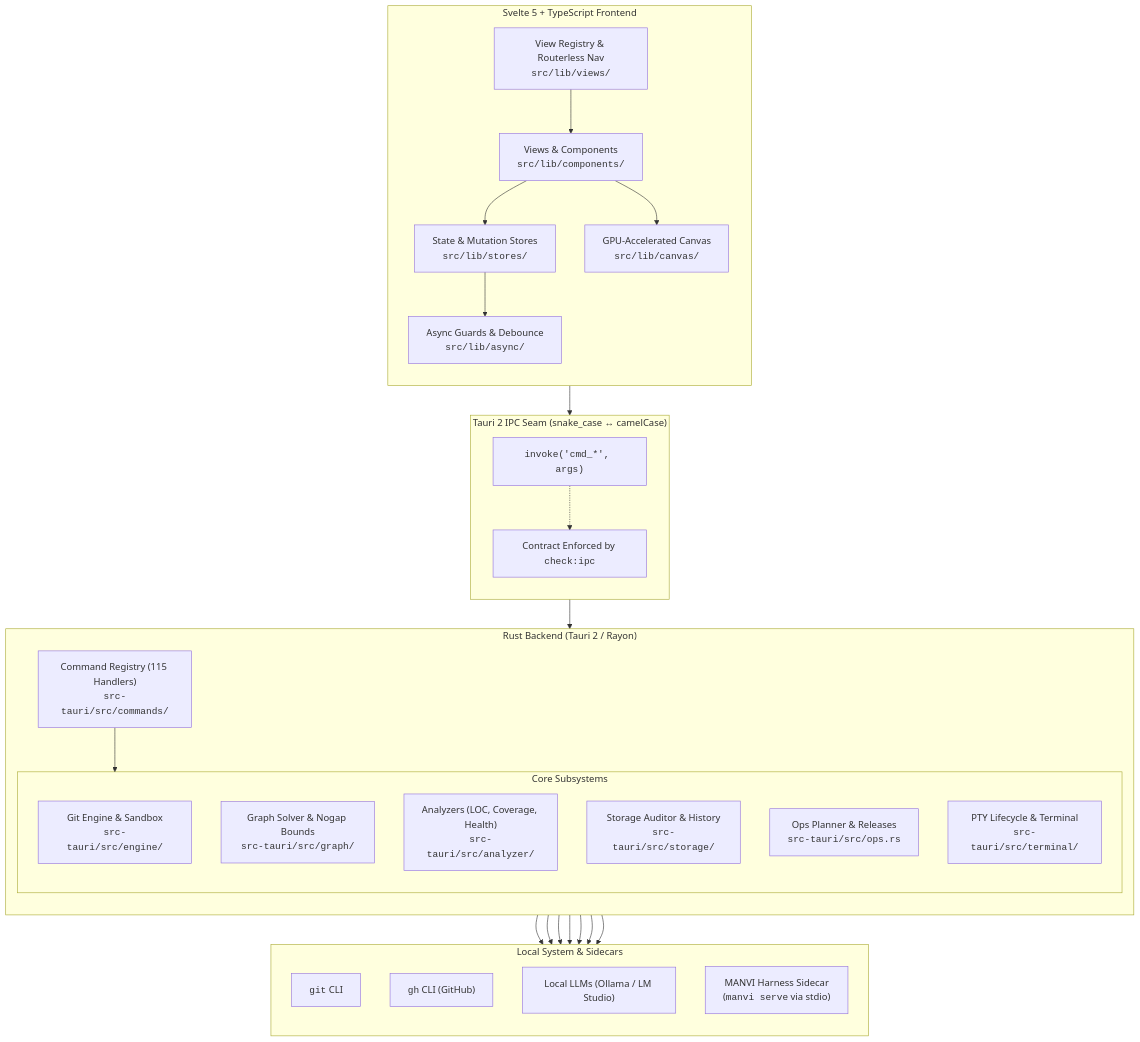
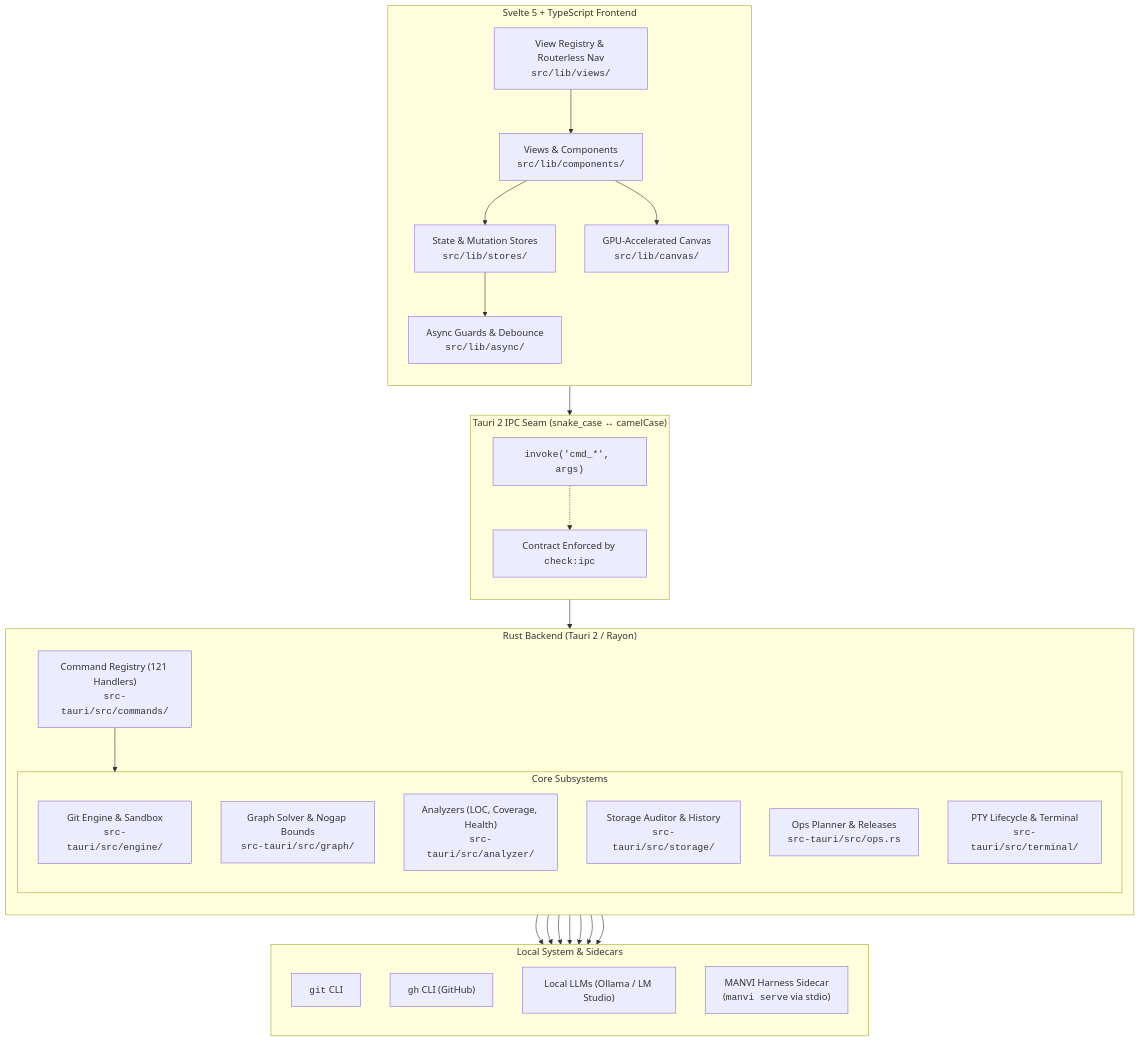
Before and after one commit to bharathvbcr/GitPulse: the first of 4 diagrams in docs/ARCHITECTURE.md, drawn with Mermaid. The commit also changed other lines of this file and 19 other files, not shown here.

````diff
--- a/docs/ARCHITECTURE.md
+++ b/docs/ARCHITECTURE.md
@@ -5,57 +5,57 @@
 ```mermaid
 flowchart TB
     subgraph Frontend["Svelte 5 + TypeScript Frontend"]
         direction TB
         UI["Views & Components<br/><code>src/lib/components/</code>"]
         Stores["State & Mutation Stores<br/><code>src/lib/stores/</code>"]
         Registry["View Registry & Routerless Nav<br/><code>src/lib/views/</code>"]
         Canvas["GPU-Accelerated Canvas<br/><code>src/lib/canvas/</code>"]
         Async["Async Guards & Debounce<br/><code>src/lib/async/</code>"]
         
         UI --> Stores
         UI --> Canvas
         Stores --> Async
         Registry --> UI
     end
 
     subgraph IPC["Tauri 2 IPC Seam (snake_case ↔ camelCase)"]
         direction TB
         Invoke["<code>invoke('cmd_*', args)</code>"]
         ContractCheck["Contract Enforced by <code>check:ipc</code>"]
         Invoke -.-> ContractCheck
     end
 
     subgraph Backend["Rust Backend (Tauri 2 / Rayon)"]
         direction TB
-        CmdRegistry["Command Registry (115 Handlers)<br/><code>src-tauri/src/commands/</code>"]
+        CmdRegistry["Command Registry (121 Handlers)<br/><code>src-tauri/src/commands/</code>"]
         
         subgraph Subsystems["Core Subsystems"]
             GitEngine["Git Engine & Sandbox<br/><code>src-tauri/src/engine/</code>"]
             GraphSolver["Graph Solver & Nogap Bounds<br/><code>src-tauri/src/graph/</code>"]
             Analyzers["Analyzers (LOC, Coverage, Health)<br/><code>src-tauri/src/analyzer/</code>"]
             StorageAuditor["Storage Auditor & History<br/><code>src-tauri/src/storage/</code>"]
             OpsPlanner["Ops Planner & Releases<br/><code>src-tauri/src/ops.rs</code>"]
             PtyTerminal["PTY Lifecycle & Terminal<br/><code>src-tauri/src/terminal/</code>"]
         end
         
         CmdRegistry --> Subsystems
     end
 
     subgraph External["Local System & Sidecars"]
         direction TB
         LocalGit["<code>git</code> CLI"]
         LocalGh["<code>gh</code> CLI (GitHub)"]
         LocalLLM["Local LLMs (Ollama / LM Studio)"]
         ManviSidecar["MANVI Harness Sidecar<br/>(<code>manvi serve</code> via stdio)"]
     end
 
     Async --> Invoke
     Invoke --> CmdRegistry
     GitEngine --> LocalGit
     Analyzers --> LocalGit
     Analyzers --> LocalGh
     Analyzers --> LocalLLM
     OpsPlanner --> LocalGh
     OpsPlanner --> ManviSidecar
     Subsystems --> ManviSidecar
 ```
````
